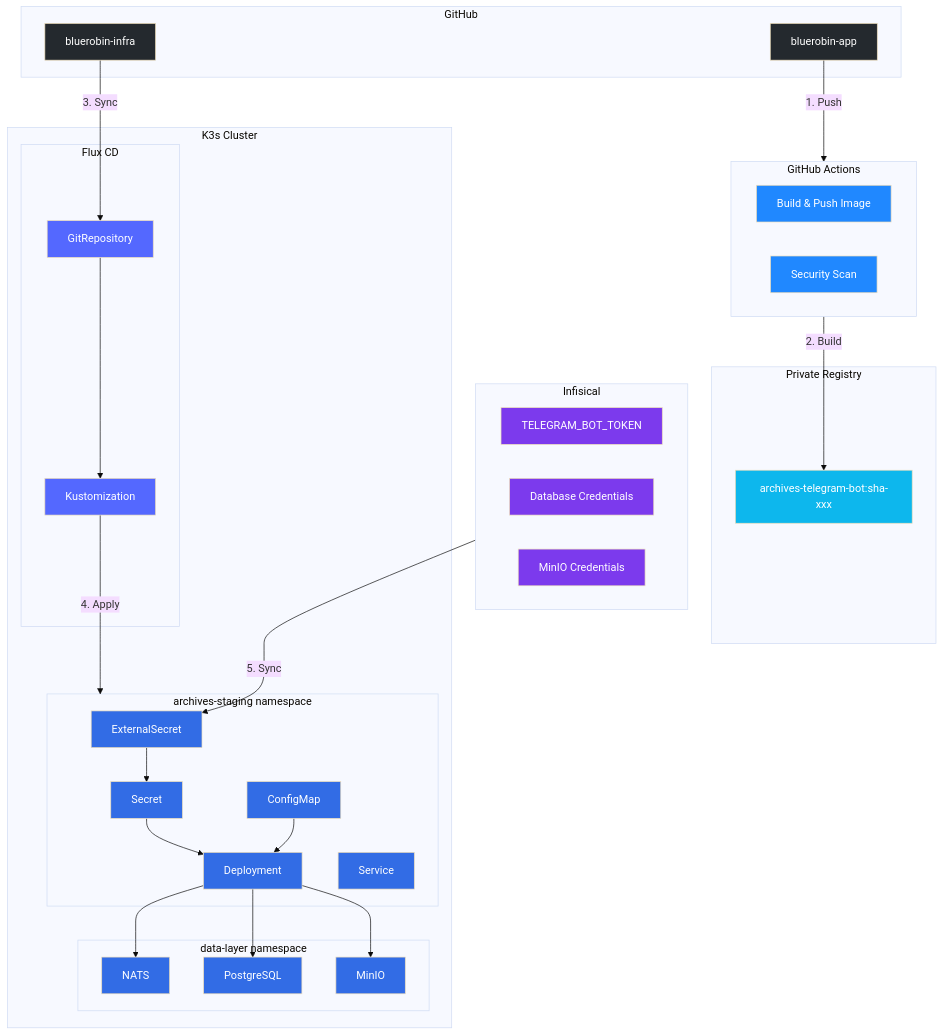
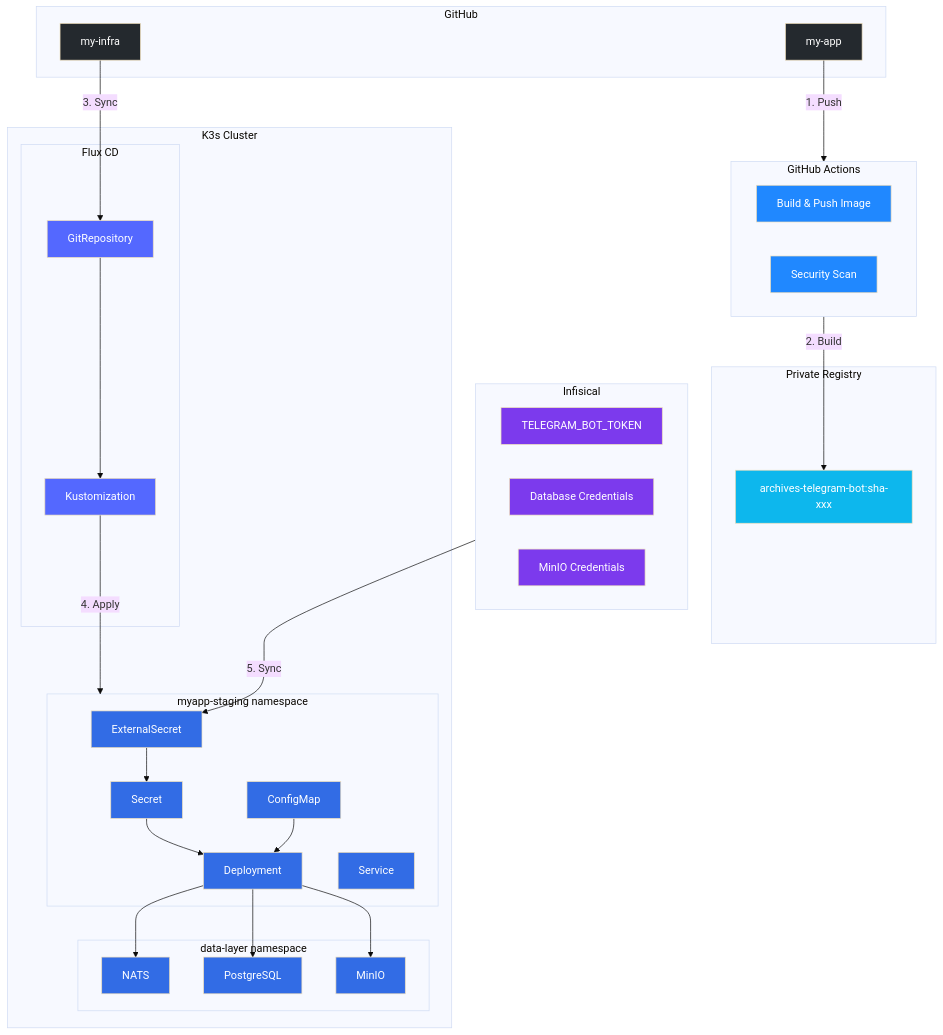
One commit to viktorrobin/bluerobin-blog changed the diagram in src/content/blog/telegram-bot-kubernetes-deployment.mdx. Above: the diagram before and after it, drawn with Mermaid (base theme). The commit also changed other lines of this file and 111 other files, not shown here.

````diff
--- a/src/content/blog/telegram-bot-kubernetes-deployment.mdx
+++ b/src/content/blog/telegram-bot-kubernetes-deployment.mdx
@@ -31,70 +31,70 @@
 ```mermaid
 flowchart TB
     subgraph GitHub["GitHub"]
-        App[bluerobin-app]
-        Infra[bluerobin-infra]
+        App[my-app]
+        Infra[my-infra]
     end
     
     subgraph CI["GitHub Actions"]
         Build[Build & Push Image]
         Scan[Security Scan]
     end
     
     subgraph Registry["Private Registry"]
         Image["archives-telegram-bot:sha-xxx"]
     end
     
     subgraph Secrets["Infisical"]
         BotToken[TELEGRAM_BOT_TOKEN]
         DBCreds[Database Credentials]
         MinioCreds[MinIO Credentials]
     end
     
     subgraph Cluster["K3s Cluster"]
         subgraph Flux["Flux CD"]
             Source[GitRepository]
             Kustomize[Kustomization]
         end
         
-        subgraph NS["archives-staging namespace"]
+        subgraph NS["myapp-staging namespace"]
             ExtSecret[ExternalSecret]
             Secret[Secret]
             Deploy[Deployment]
             CM[ConfigMap]
             Svc[Service]
         end
         
         subgraph Data["data-layer namespace"]
             NATS[NATS]
             PG[PostgreSQL]
             MinIO[MinIO]
         end
     end
     
     App -->|1. Push| CI
     CI -->|2. Build| Image
     Infra -->|3. Sync| Source
     Source --> Kustomize
     Kustomize -->|4. Apply| NS
     Secrets -->|5. Sync| ExtSecret
     ExtSecret --> Secret
     Secret --> Deploy
     CM --> Deploy
     Deploy --> NATS
     Deploy --> PG
     Deploy --> MinIO
     
     classDef github fill:#24292e,color:#fff
     classDef ci fill:#2088ff,color:#fff
     classDef registry fill:#0db7ed,color:#fff
     classDef secrets fill:#7c3aed,color:#fff
     classDef flux fill:#5468ff,color:#fff
     classDef k8s fill:#326ce5,color:#fff
     
     class App,Infra github
     class Build,Scan ci
     class Image registry
     class BotToken,DBCreds,MinioCreds secrets
     class Source,Kustomize flux
     class ExtSecret,Secret,Deploy,CM,Svc,NATS,PG,MinIO k8s
 ```
````
